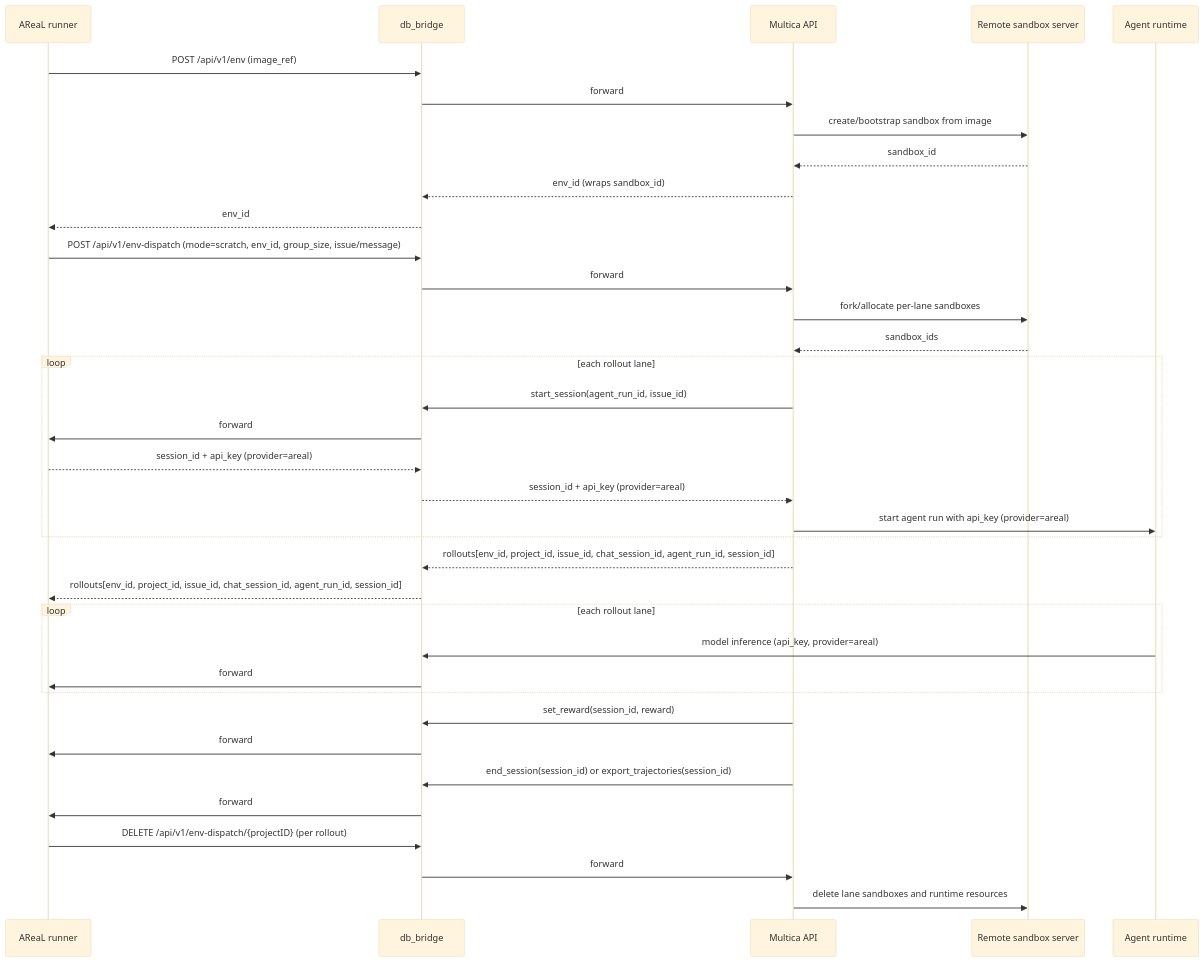
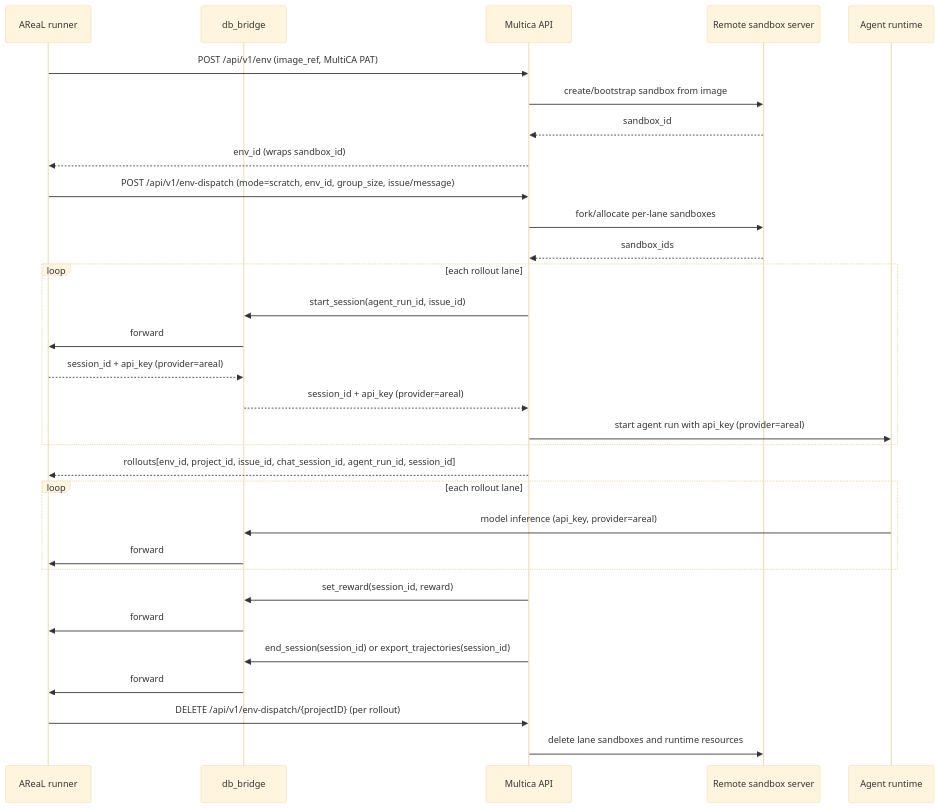
The first of 3 diagrams in customized_areal/tree_search/agents/multica_environment_protocol.md (ketsuzhou/areal-ci), drawn with Mermaid (base theme) before and after one commit. The commit also changed other lines of this file and 6 other files, not shown here.

````diff
--- a/customized_areal/tree_search/agents/multica_environment_protocol.md
+++ b/customized_areal/tree_search/agents/multica_environment_protocol.md
@@ -117,42 +117,37 @@
 ```mermaid
 sequenceDiagram
     participant A as AReaL runner
     participant G as db_bridge
     participant M as Multica API
     participant S as Remote sandbox server
     participant R as Agent runtime
 
-    A->>G: POST /api/v1/env (image_ref)
-    G->>M: forward
+    A->>M: POST /api/v1/env (image_ref, MultiCA PAT)
     M->>S: create/bootstrap sandbox from image
     S-->>M: sandbox_id
-    M-->>G: env_id (wraps sandbox_id)
-    G-->>A: env_id
+    M-->>A: env_id (wraps sandbox_id)
 
-    A->>G: POST /api/v1/env-dispatch (mode=scratch, env_id, group_size, issue/message)
-    G->>M: forward
+    A->>M: POST /api/v1/env-dispatch (mode=scratch, env_id, group_size, issue/message)
     M->>S: fork/allocate per-lane sandboxes
     S-->>M: sandbox_ids
     loop each rollout lane
         M->>G: start_session(agent_run_id, issue_id)
         G->>A: forward
         A-->>G: session_id + api_key (provider=areal)
         G-->>M: session_id + api_key (provider=areal)
         M->>R: start agent run with api_key (provider=areal)
     end
-    M-->>G: rollouts[env_id, project_id, issue_id, chat_session_id, agent_run_id, session_id]
-    G-->>A: rollouts[env_id, project_id, issue_id, chat_session_id, agent_run_id, session_id]
+    M-->>A: rollouts[env_id, project_id, issue_id, chat_session_id, agent_run_id, session_id]
 
     loop each rollout lane
         R->>G: model inference (api_key, provider=areal)
         G->>A: forward
     end
 
     M->>G: set_reward(session_id, reward)
     G->>A: forward
     M->>G: end_session(session_id) or export_trajectories(session_id)
     G->>A: forward
-    A->>G: DELETE /api/v1/env-dispatch/{projectID} (per rollout)
-    G->>M: forward
+    A->>M: DELETE /api/v1/env-dispatch/{projectID} (per rollout)
     M->>S: delete lane sandboxes and runtime resources
 ```
````
